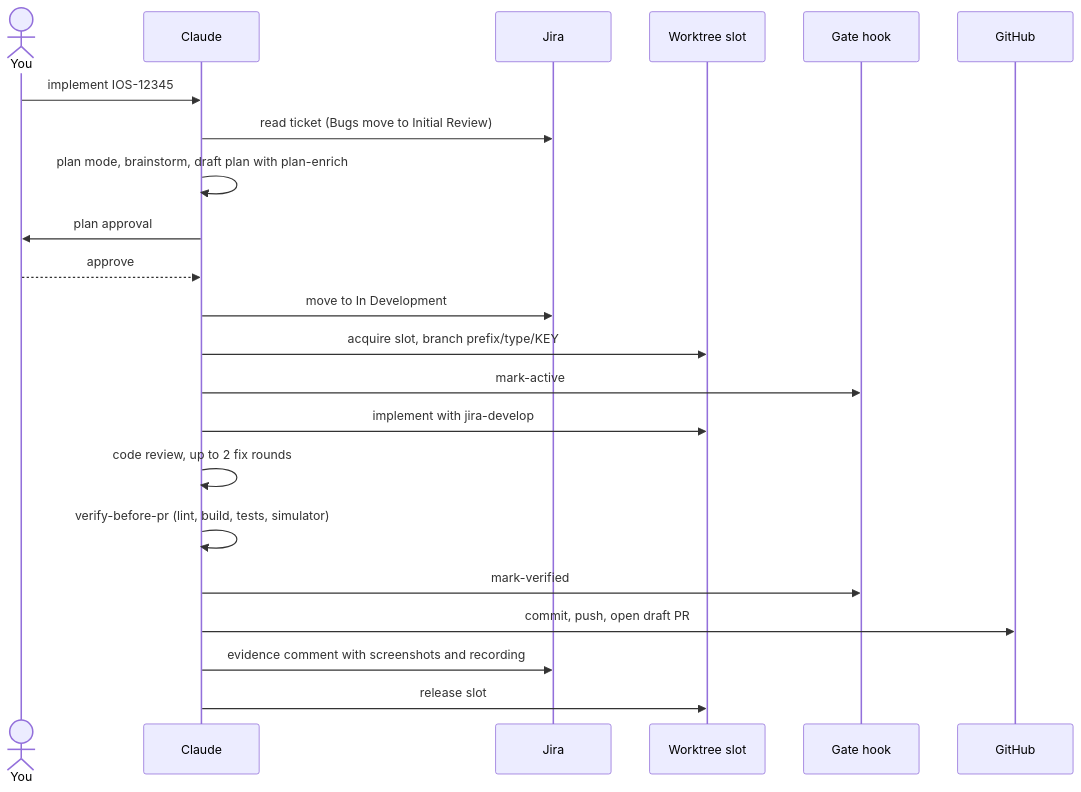
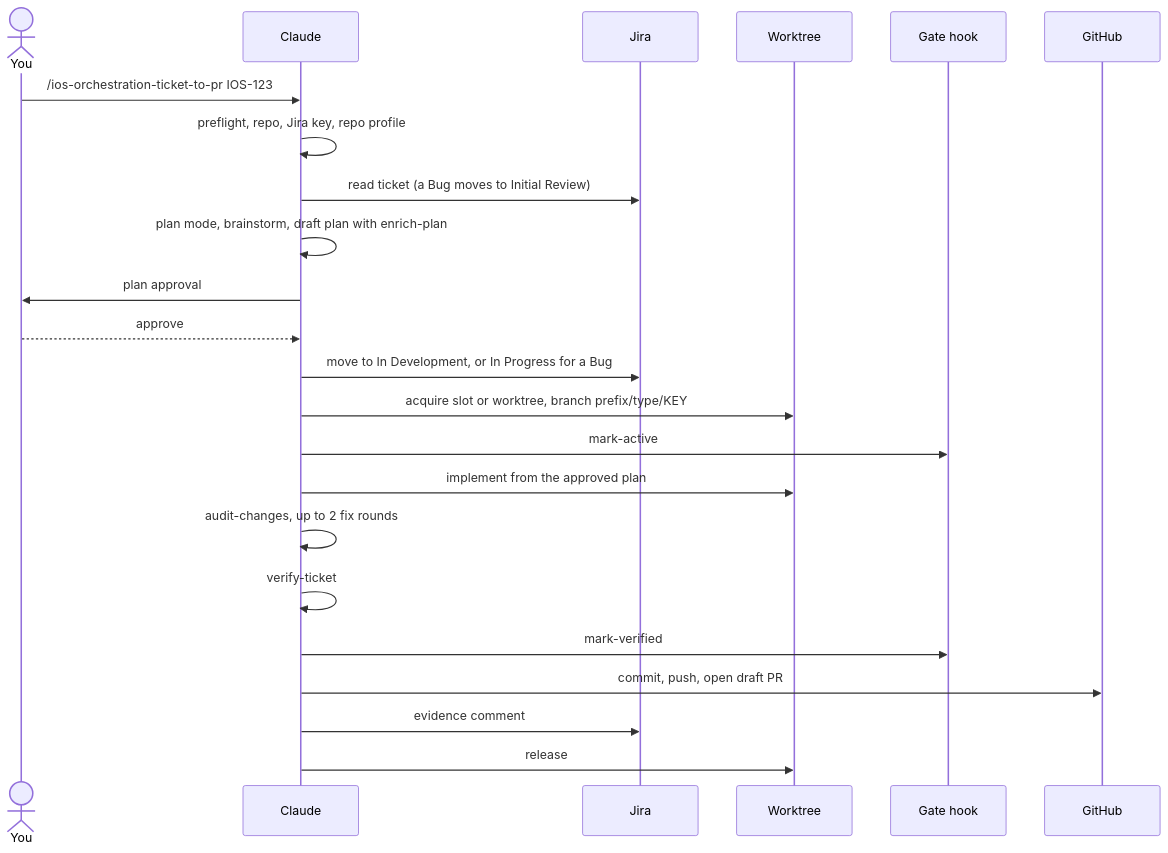
One commit to gdncomm-aditya-h/adit-mobile-orchestration changed the diagram in docs/ticket-flow.md. Above: the diagram before and after it, drawn with Mermaid. The commit also changed other lines of this file and 6 other files, not shown here.

````diff
--- a/docs/ticket-flow.md
+++ b/docs/ticket-flow.md
@@ -7,25 +9,26 @@
 ```mermaid
 sequenceDiagram
     actor You
     participant Claude
     participant Jira
-    participant Slot as Worktree slot
+    participant Slot as Worktree
     participant Gate as Gate hook
     participant GH as GitHub
 
-    You->>Claude: implement IOS-12345
-    Claude->>Jira: read ticket (Bugs move to Initial Review)
-    Claude->>Claude: plan mode, brainstorm, draft plan with plan-enrich
+    You->>Claude: /ios-orchestration-ticket-to-pr IOS-123
+    Claude->>Claude: preflight, repo, Jira key, repo profile
+    Claude->>Jira: read ticket (a Bug moves to Initial Review)
+    Claude->>Claude: plan mode, brainstorm, draft plan with enrich-plan
     Claude->>You: plan approval
     You-->>Claude: approve
-    Claude->>Jira: move to In Development
-    Claude->>Slot: acquire slot, branch prefix/type/KEY
+    Claude->>Jira: move to In Development, or In Progress for a Bug
+    Claude->>Slot: acquire slot or worktree, branch prefix/type/KEY
     Claude->>Gate: mark-active
-    Claude->>Slot: implement with jira-develop
-    Claude->>Claude: code review, up to 2 fix rounds
-    Claude->>Claude: verify-before-pr (lint, build, tests, simulator)
+    Claude->>Slot: implement from the approved plan
+    Claude->>Claude: audit-changes, up to 2 fix rounds
+    Claude->>Claude: verify-ticket
     Claude->>Gate: mark-verified
     Claude->>GH: commit, push, open draft PR
-    Claude->>Jira: evidence comment with screenshots and recording
-    Claude->>Slot: release slot
+    Claude->>Jira: evidence comment
+    Claude->>Slot: release
 ```
````
